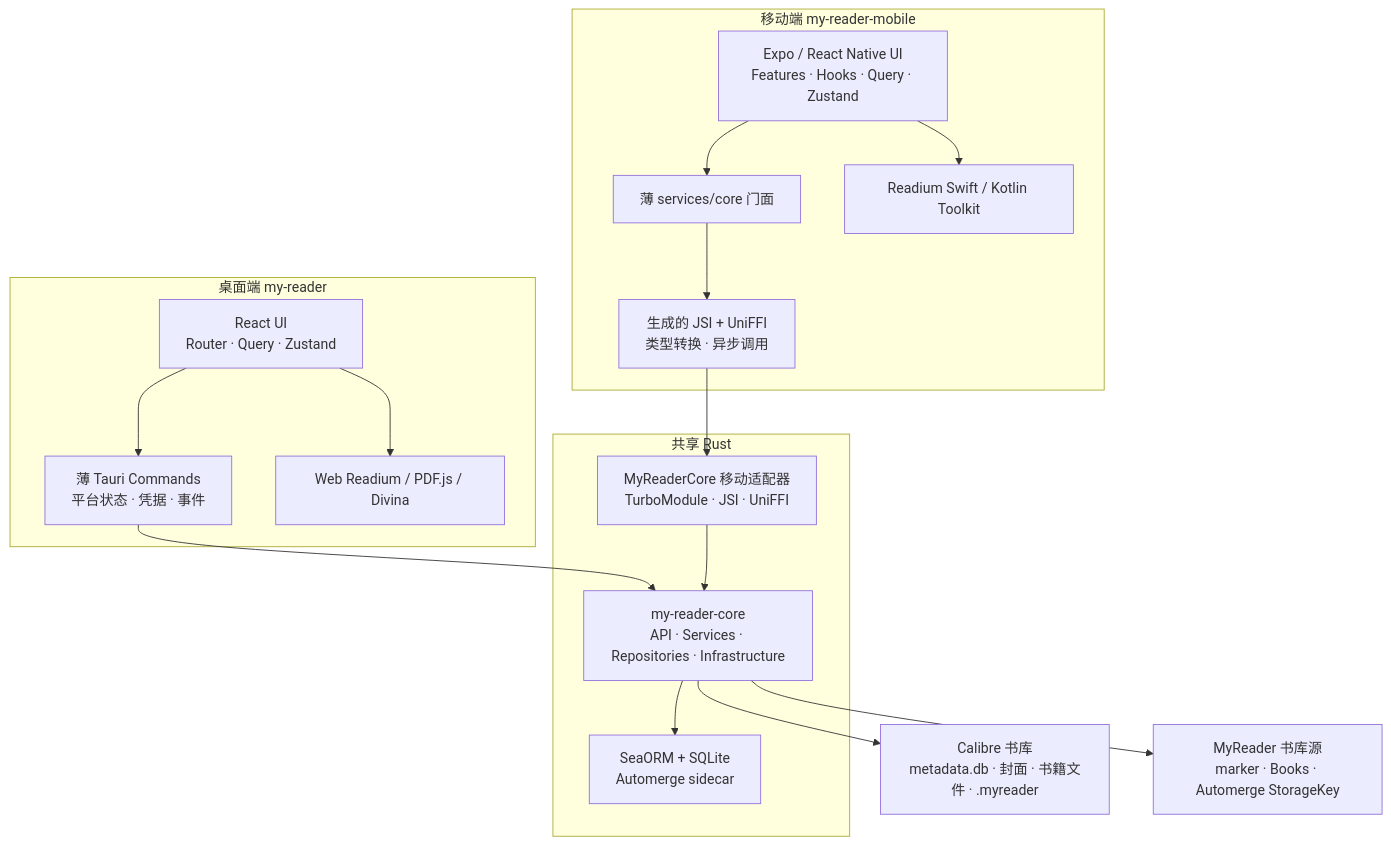
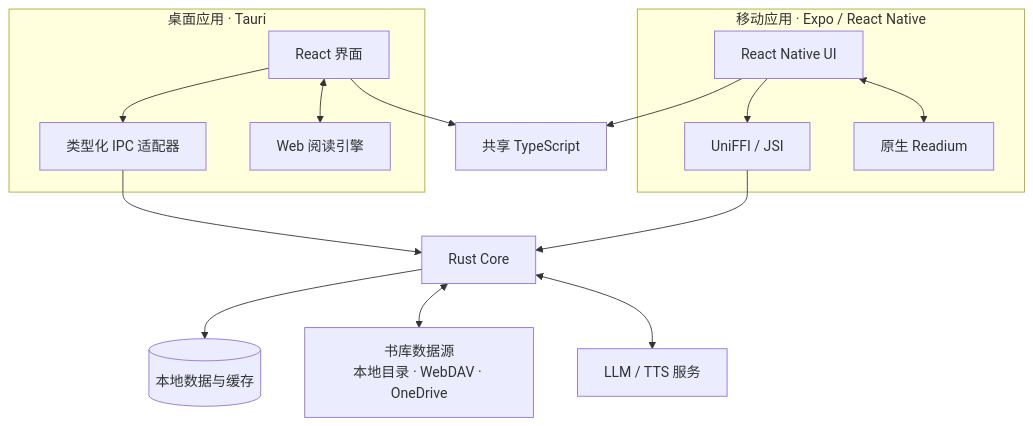
Before and after one commit to RyouMon/MyReader: the first of 7 diagrams in docs/ARCHITECTURE.md, drawn with Mermaid. The commit also changed other lines of this file and 1 other file, not shown here.

Commit message:
docs: refocus architecture on runtime flows

````diff
--- a/docs/ARCHITECTURE.md
+++ b/docs/ARCHITECTURE.md
@@ -24,32 +12,29 @@
 ```mermaid
 flowchart TB
-    Calibre["Calibre 书库<br/>metadata.db · 封面 · 书籍文件 · .myreader"]
-    Managed["MyReader 书库源<br/>marker · Books · Automerge StorageKey"]
-
-    subgraph Desktop["桌面端 my-reader"]
-        DesktopUI["React UI<br/>Router · Query · Zustand"]
-        Tauri["薄 Tauri Commands<br/>平台状态 · 凭据 · 事件"]
-        DesktopReader["Web Readium / PDF.js / Divina"]
+    subgraph Desktop["桌面应用 · Tauri"]
+        DUI["React 界面"]
+        DBridge["类型化 IPC 适配器"]
+        DReader["Web 阅读引擎"]
+        DUI --> DBridge
+        DUI <--> DReader
     end
-
-    subgraph Mobile["移动端 my-reader-mobile"]
-        MobileUI["Expo / React Native UI<br/>Features · Hooks · Query · Zustand"]
-        Facade["薄 services/core 门面"]
-        Binding["生成的 JSI + UniFFI<br/>类型转换 · 异步调用"]
-        NativeReader["Readium Swift / Kotlin Toolkit"]
+    subgraph Mobile["移动应用 · Expo / React Native"]
+        MUI["React Native UI"]
+        MBridge["UniFFI / JSI"]
+        MReader["原生 Readium"]
+        MUI --> MBridge
+        MUI <--> MReader
     end
-
-    subgraph SharedRust["共享 Rust"]
-        Components["MyReaderCore 移动适配器<br/>TurboModule · JSI · UniFFI"]
-        Core["my-reader-core<br/>API · Services · Repositories · Infrastructure"]
-        Sidecar["SeaORM + SQLite<br/>Automerge sidecar"]
-    end
-
-    DesktopUI --> Tauri --> Core
-    DesktopUI --> DesktopReader
-    MobileUI --> Facade --> Binding --> Components --> Core
-    MobileUI --> NativeReader
-    Core --> Sidecar
-    Core --> Calibre
-    Core --> Managed
+    Shared["共享 TypeScript"]
+    Core["Rust Core"]
+    Local[("本地数据与缓存")]
+    Sources["书库数据源<br/>本地目录 · WebDAV · OneDrive"]
+    AI["LLM / TTS 服务"]
+    DUI --> Shared
+    MUI --> Shared
+    DBridge --> Core
+    MBridge --> Core
+    Core --> Local
+    Core <--> Sources
+    Core <--> AI
 ```
````
